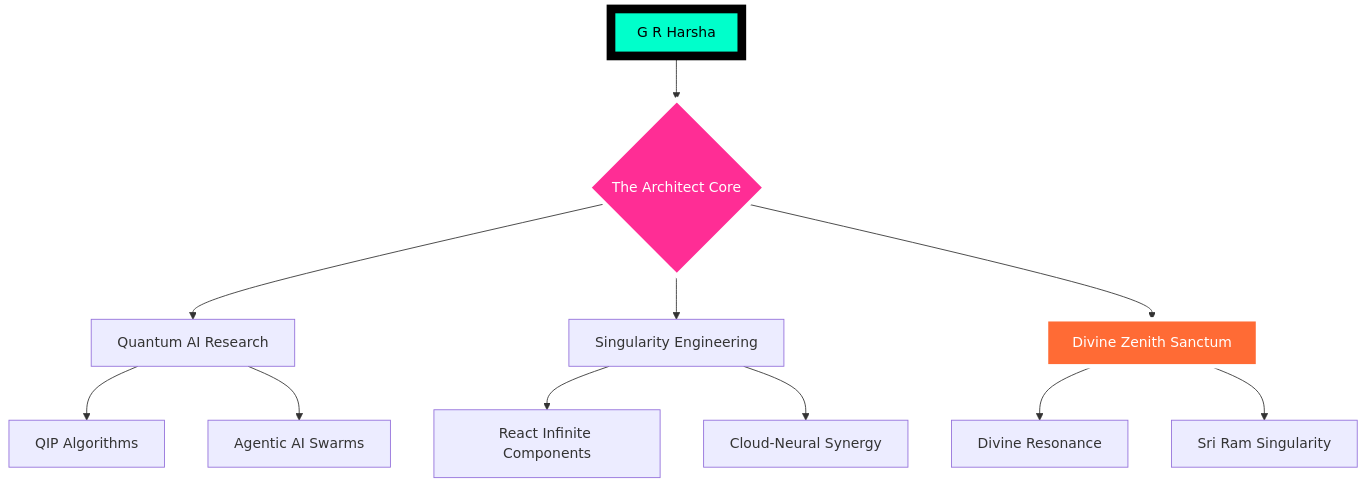
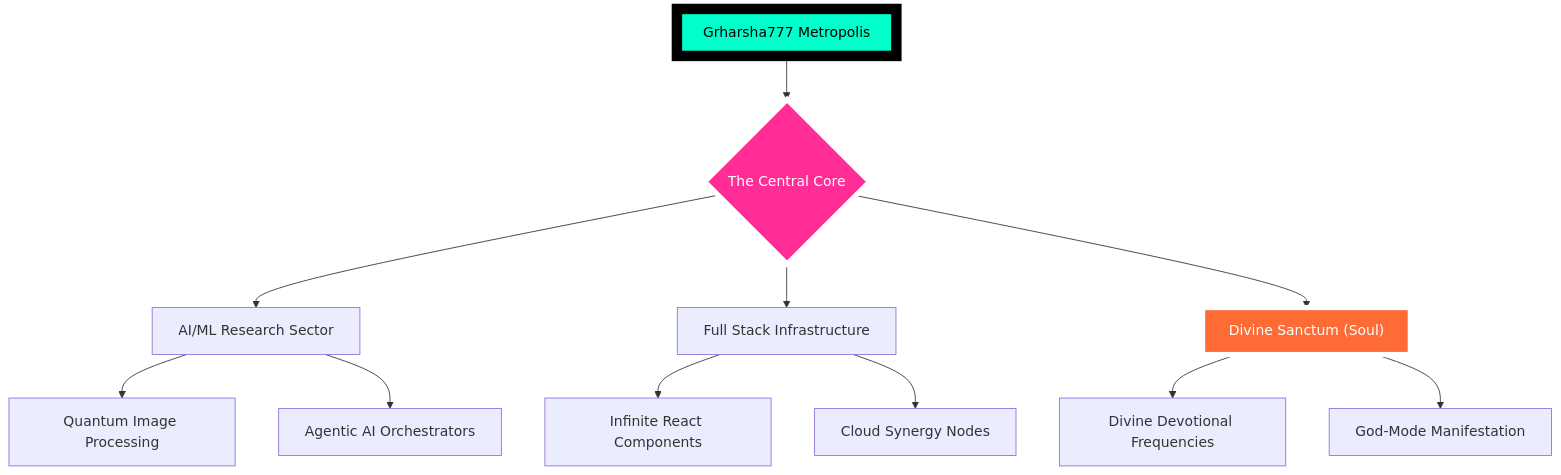
One commit to grharsha777/grharsha777 changed the diagram in README.md. Above: the diagram before and after it, drawn with Mermaid. The commit also changed other lines of this file, not shown here.

````diff
--- a/README.md
+++ b/README.md
@@ -97,20 +99,20 @@
 ```mermaid
 graph TD
-    A["G R Harsha"] --> B{"The Architect Core"}
-    B --> C["Quantum AI Research"]
-    B --> D["Singularity Engineering"]
-    B --> E["Divine Zenith Sanctum"]
+    A["Grharsha777 Metropolis"] --> B{"The Central Core"}
+    B --> C["AI/ML Research Sector"]
+    B --> D["Full Stack Infrastructure"]
+    B --> E["Divine Sanctum (Soul)"]
     
-    C --> C1["QIP Algorithms"]
-    C --> C2["Agentic AI Swarms"]
+    C --> C1["Quantum Image Processing"]
+    C --> C2["Agentic AI Orchestrators"]
     
-    D --> D1["React Infinite Components"]
-    D --> D2["Cloud-Neural Synergy"]
+    D --> D1["Infinite React Components"]
+    D --> D2["Cloud Synergy Nodes"]
     
-    E --> E1["Divine Resonance"]
-    E --> E2["Sri Ram Singularity"]
+    E --> E1["Divine Devotional Frequencies"]
+    E --> E2["God-Mode Manifestation"]
     
-    style A fill:#00FFCB,stroke:#000,stroke-width:10px,color:#000
-    style B fill:#ff2d95,stroke:#fff,stroke-width:5px,color:#fff
-    style E fill:#FF6B35,stroke:#fff,stroke-width:5px,color:#fff
+    style A fill:#00FFCB,stroke:#000,stroke-width:12px,color:#000
+    style B fill:#ff2d95,stroke:#fff,stroke-width:6px,color:#fff
+    style E fill:#FF6B35,stroke:#fff,stroke-width:6px,color:#fff
 ```
````
